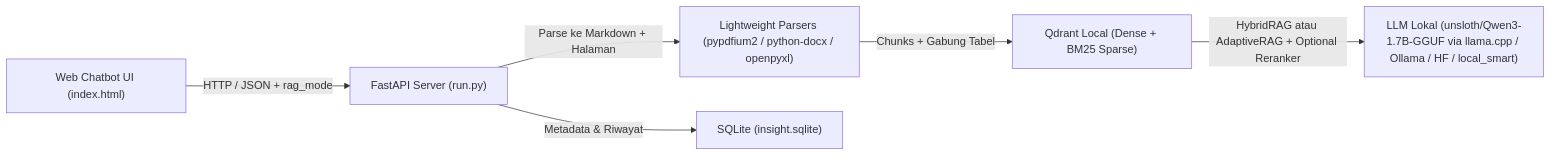
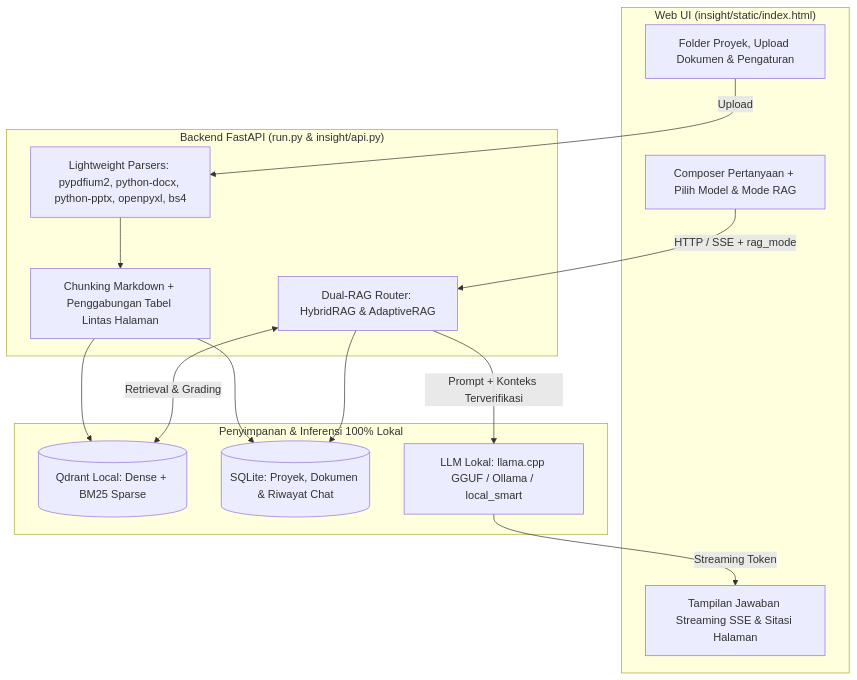
One commit to Cahyo-Wisanggeni/InSight changed the diagram in README.md. Above: the diagram before and after it, drawn with Mermaid. The commit also changed other lines of this file and 2 other files, not shown here.

````diff
--- a/README.md
+++ b/README.md
@@ -32,8 +205,28 @@
 ```mermaid
-flowchart LR
-    UI["Web Chatbot UI (index.html)"] -->|"HTTP / JSON + rag_mode"| API["FastAPI Server (run.py)"]
-    API -->|"Parse ke Markdown + Halaman"| Parser["Lightweight Parsers (pypdfium2 / python-docx / openpyxl)"]
-    Parser -->|"Chunks + Gabung Tabel"| Qdrant["Qdrant Local (Dense + BM25 Sparse)"]
-    API -->|"Metadata & Riwayat"| SQLite["SQLite (insight.sqlite)"]
-    Qdrant -->|"HybridRAG atau AdaptiveRAG + Optional Reranker"| LLM["LLM Lokal (unsloth/Qwen3-1.7B-GGUF via llama.cpp / Ollama / HF / local_smart)"]
+flowchart TD
+    subgraph UI ["Web UI (insight/static/index.html)"]
+        A[Folder Proyek, Upload Dokumen & Pengaturan]
+        B[Composer Pertanyaan + Pilih Model & Mode RAG]
+        C[Tampilan Jawaban Streaming SSE & Sitasi Halaman]
+    end
+
+    subgraph API ["Backend FastAPI (run.py & insight/api.py)"]
+        D[Lightweight Parsers: pypdfium2, python-docx, python-pptx, openpyxl, bs4]
+        E[Chunking Markdown + Penggabungan Tabel Lintas Halaman]
+        F[Dual-RAG Router: HybridRAG & AdaptiveRAG]
+    end
+
+    subgraph STORE ["Penyimpanan & Inferensi 100% Lokal"]
+        G[(Qdrant Local: Dense + BM25 Sparse)]
+        H[(SQLite: Proyek, Dokumen & Riwayat Chat)]
+        I[LLM Lokal: llama.cpp GGUF / Ollama / local_smart]
+    end
+
+    A -->|Upload| D --> E --> G
+    E --> H
+    B -->|HTTP / SSE + rag_mode| F
+    F <-->|Retrieval & Grading| G
+    F -->|Prompt + Konteks Terverifikasi| I
+    I -->|Streaming Token| C
+    F --> H
 ```
````
